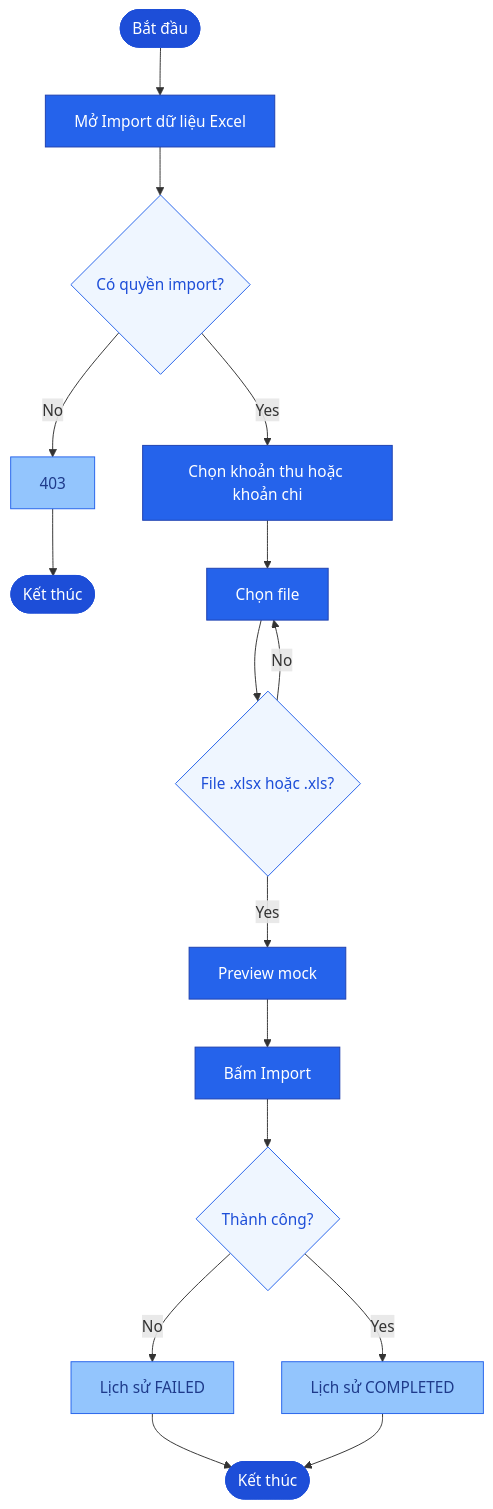
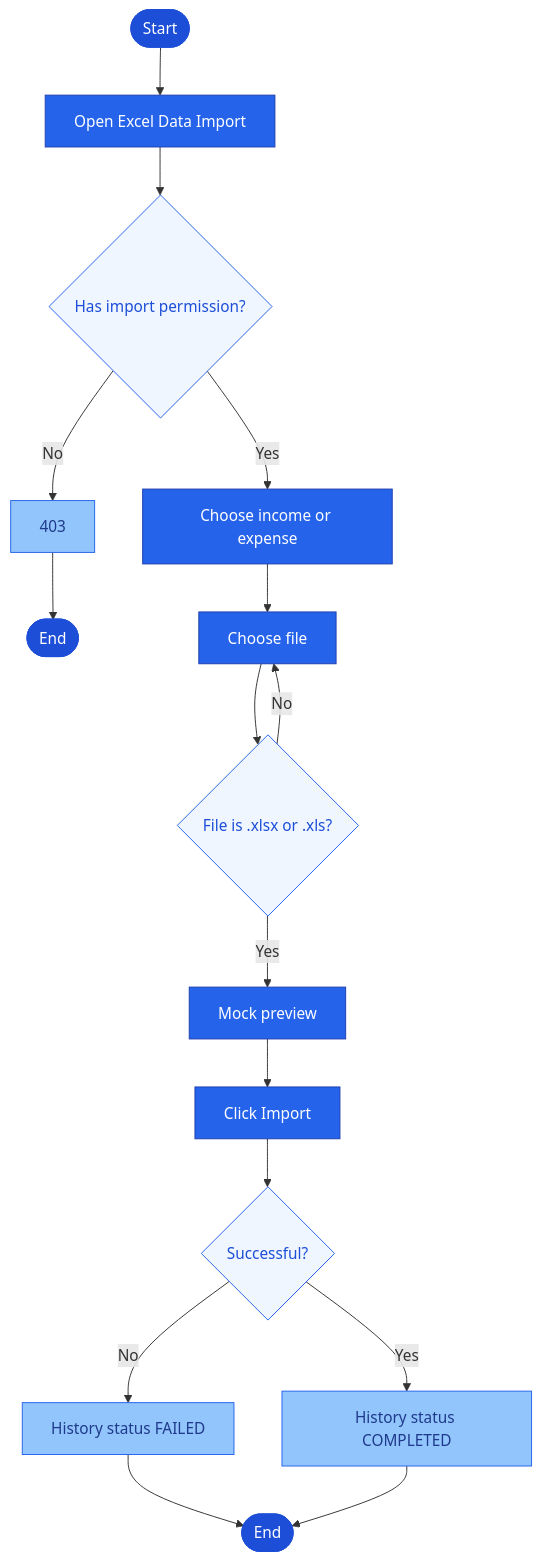
One commit to PhamHiep948/finance-manager changed the fourth of 6 diagrams in README.md. Above: the diagram before and after it, drawn with Mermaid. The commit also changed other lines of this file and 30 other files, not shown here.

Commit message:
Add ESSENTIAL arc42 architecture docs with context, container, and component diagrams, and update the C4 views and project documentation.

````diff
--- a/README.md
+++ b/README.md
@@ -148,27 +148,27 @@
 ```mermaid
 flowchart TD
-  S([Bắt đầu]) --> A[Mở Import dữ liệu Excel]
-  A --> B{Có quyền import?}
+  S([Start]) --> A[Open Excel Data Import]
+  A --> B{Has import permission?}
   B -->|No| C[403]
-  C --> END1([Kết thúc])
-  B -->|Yes| D[Chọn khoản thu hoặc khoản chi]
-  D --> E[Chọn file]
-  E --> F{File .xlsx hoặc .xls?}
+  C --> END1([End])
+  B -->|Yes| D[Choose income or expense]
+  D --> E[Choose file]
+  E --> F{File is .xlsx or .xls?}
   F -->|No| E
-  F -->|Yes| G[Preview mock]
-  G --> H[Bấm Import]
-  H --> I{Thành công?}
-  I -->|No| J[Lịch sử FAILED]
-  I -->|Yes| K[Lịch sử COMPLETED]
-  J --> END2([Kết thúc])
+  F -->|Yes| G[Mock preview]
+  G --> H[Click Import]
+  H --> I{Successful?}
+  I -->|No| J[History status FAILED]
+  I -->|Yes| K[History status COMPLETED]
+  J --> END2([End])
   K --> END2
 
   classDef startEnd fill:#1D4ED8,stroke:#1D4ED8,color:#fff
   classDef step fill:#2563EB,stroke:#1E40AF,color:#fff
   classDef stepLite fill:#93C5FD,stroke:#2563EB,color:#1E3A8A
   classDef decision fill:#EFF6FF,stroke:#2563EB,color:#1D4ED8
   class S,END1,END2 startEnd
   class A,D,E,G,H step
   class C,J,K stepLite
   class B,F,I decision
 ```
````
